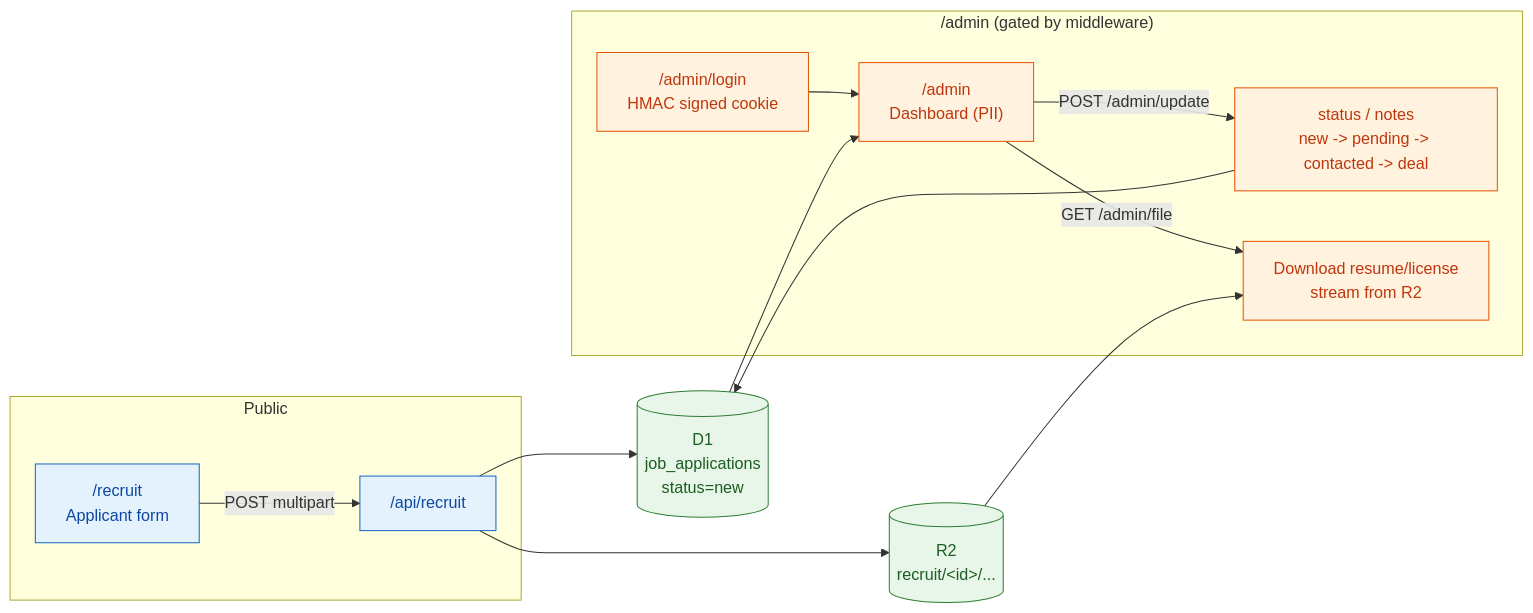
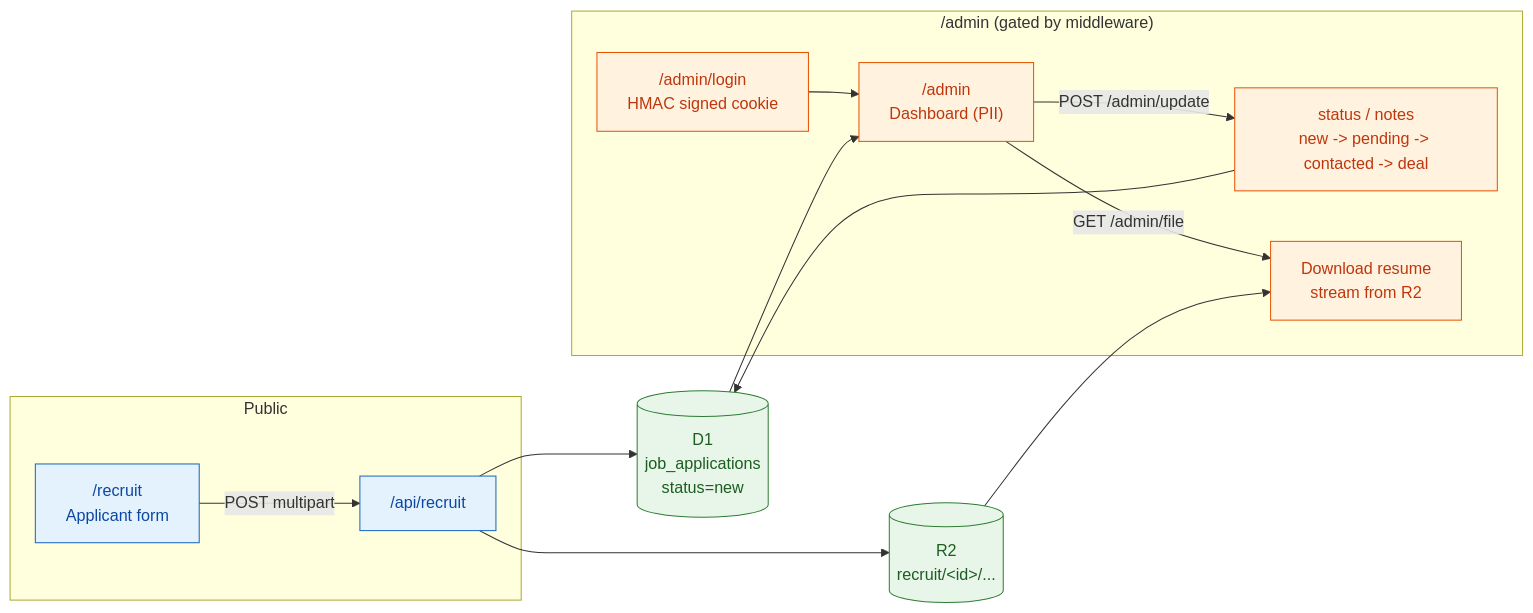
One commit to curevanails/curevanails changed the diagram in docs/diagrams/hiring-arch.mmd. Above: the diagram before and after it, drawn with Mermaid. The commit also changed 8 other files, not shown here.

```diff
--- a/docs/diagrams/hiring-arch.mmd
+++ b/docs/diagrams/hiring-arch.mmd
@@ -1,23 +1,23 @@
 flowchart LR
     subgraph Public["Public"]
       A["/recruit<br/>Applicant form"] -->|POST multipart| B["/api/recruit"]
     end
     B --> R2[("R2<br/>recruit/&lt;id&gt;/...")]
     B --> D1[("D1<br/>job_applications<br/>status=new")]
 
     subgraph Admin["/admin (gated by middleware)"]
       L["/admin/login<br/>HMAC signed cookie"] --> DASH["/admin<br/>Dashboard (PII)"]
       DASH -->|POST /admin/update| UPD["status / notes<br/>new -> pending -> contacted -> deal"]
-      DASH -->|GET /admin/file| DL["Download resume/license<br/>stream from R2"]
+      DASH -->|GET /admin/file| DL["Download resume<br/>stream from R2"]
     end
 
     D1 --> DASH
     R2 --> DL
     UPD --> D1
 
     classDef store fill:#e8f5e9,stroke:#2e7d32,color:#1b5e20;
     classDef pub fill:#e3f2fd,stroke:#1565c0,color:#0d47a1;
     classDef adm fill:#fff3e0,stroke:#e65100,color:#bf360c;
     class R2,D1 store;
     class A,B pub;
     class L,DASH,UPD,DL adm;
```
